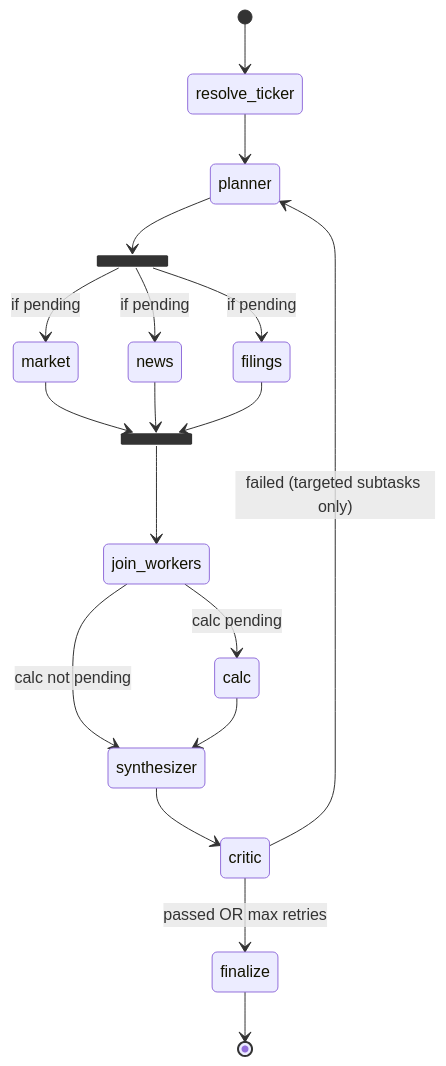
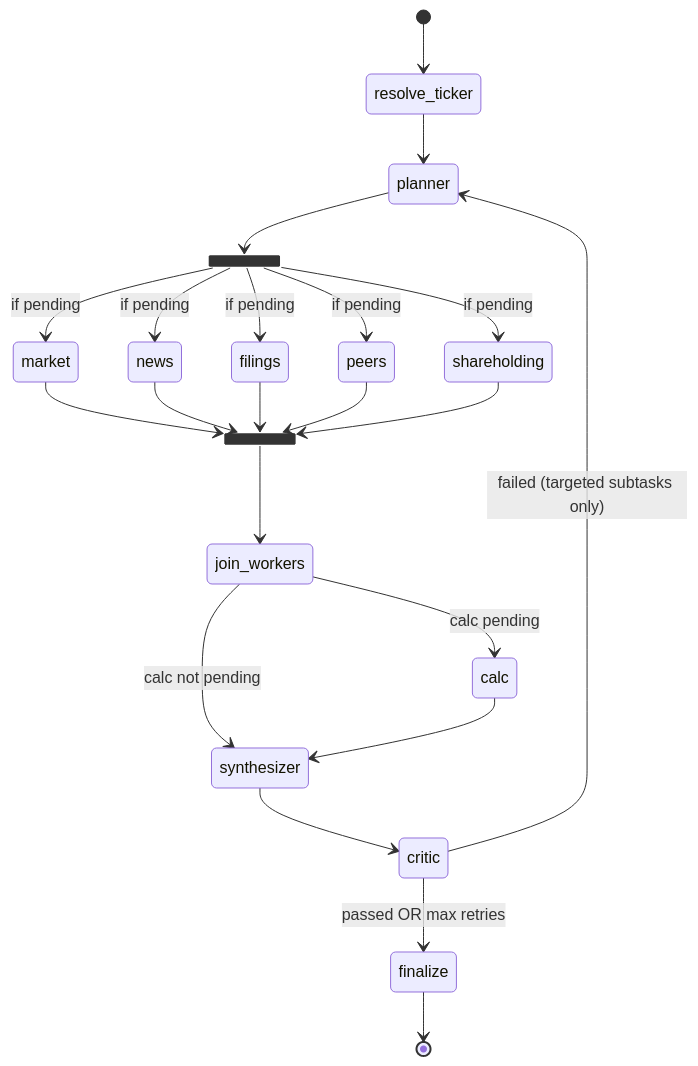
The diagram in docs/ARCHITECTURE.md (SumitMARSS/Truvest), drawn with Mermaid before and after one commit. The commit also changed other lines of this file and 73 other files, not shown here.

````diff
--- a/docs/ARCHITECTURE.md
+++ b/docs/ARCHITECTURE.md
@@ -25,27 +26,31 @@
 ```mermaid
 stateDiagram-v2
     [*] --> resolve_ticker
     resolve_ticker --> planner
 
     state fork <<fork>>
     planner --> fork
     fork --> market: if pending
     fork --> news: if pending
     fork --> filings: if pending
+    fork --> peers: if pending
+    fork --> shareholding: if pending
 
     state join <<join>>
     market --> join
     news --> join
     filings --> join
+    peers --> join
+    shareholding --> join
     join --> join_workers
 
     join_workers --> calc: calc pending
     join_workers --> synthesizer: calc not pending
     calc --> synthesizer
 
     synthesizer --> critic
     critic --> finalize: passed OR max retries
     critic --> planner: failed (targeted subtasks only)
 
     finalize --> [*]
 ```
````
